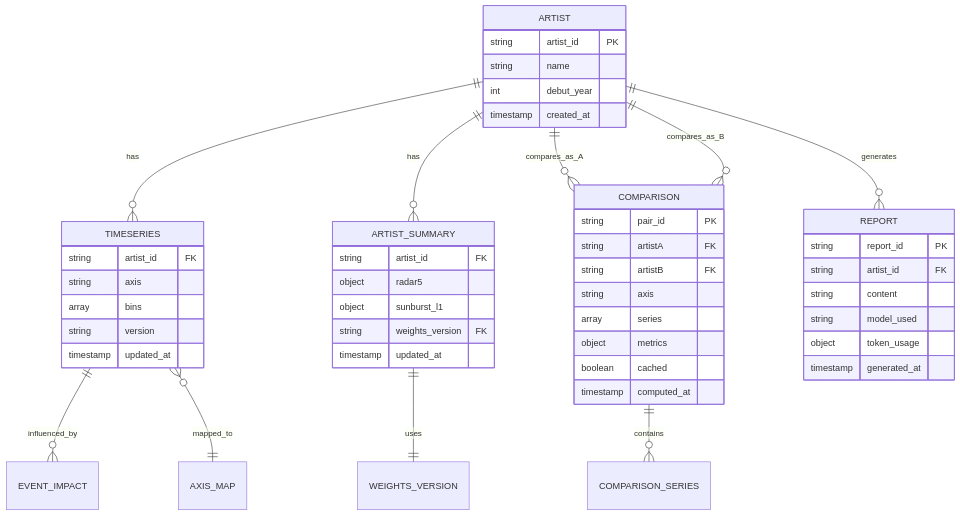
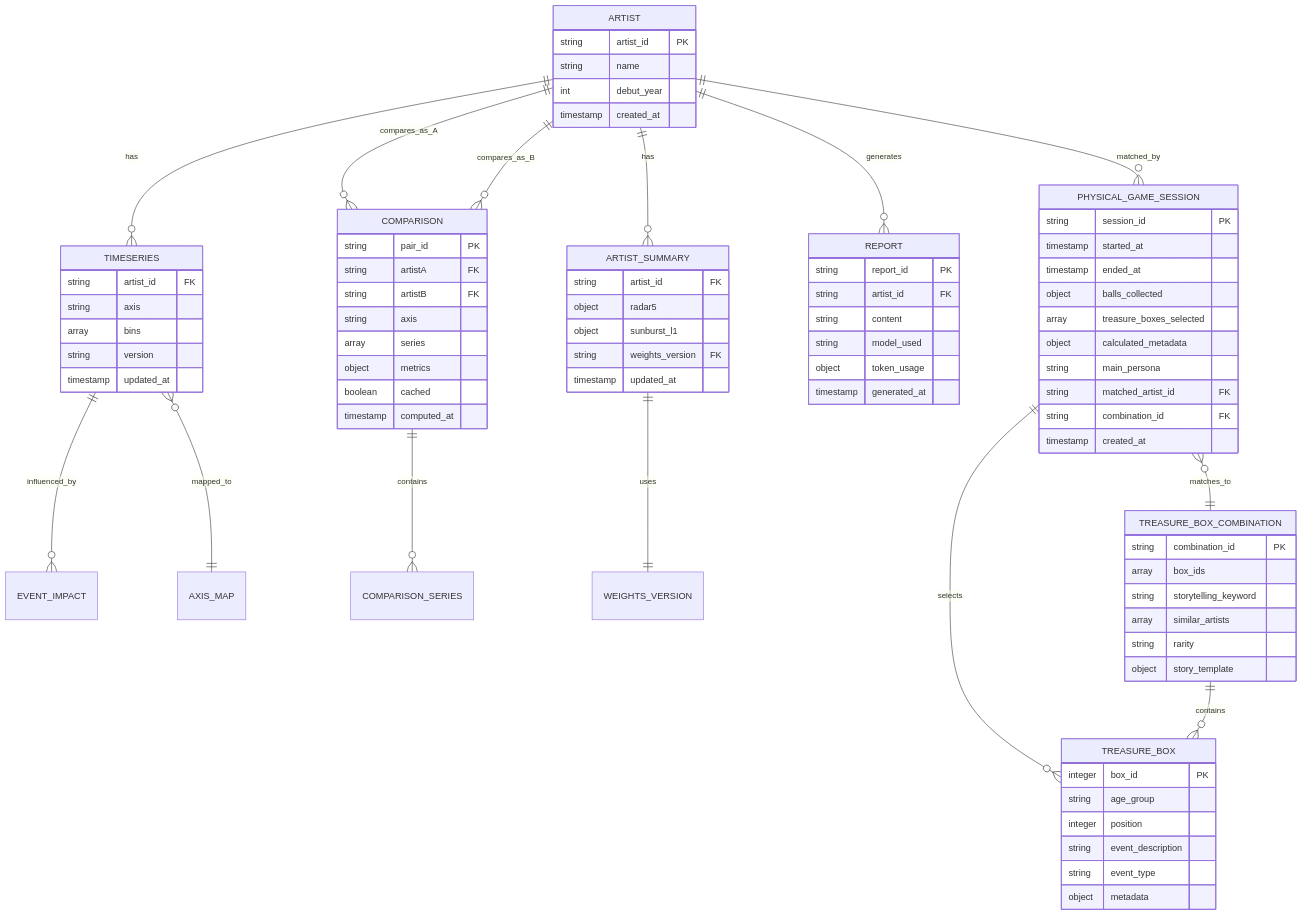
One commit to Siegfriex/co-1016 changed the diagram in docs/architecture/IA.md. Above: the diagram before and after it, drawn with Mermaid. The commit also changed other lines of this file and 840 other files, not shown here.

````diff
--- a/docs/architecture/IA.md
+++ b/docs/architecture/IA.md
@@ -76,6 +80,7 @@
     ARTIST ||--o{ COMPARISON : "compares_as_A"
     ARTIST ||--o{ COMPARISON : "compares_as_B"
     ARTIST ||--o{ REPORT : "generates"
+    ARTIST ||--o{ PHYSICAL_GAME_SESSION : "matched_by"
     
     TIMESERIES ||--o{ EVENT_IMPACT : "influenced_by"
     TIMESERIES }o--|| AXIS_MAP : "mapped_to"
@@ -83,6 +88,11 @@
     COMPARISON ||--o{ COMPARISON_SERIES : "contains"
     
     ARTIST_SUMMARY ||--|| WEIGHTS_VERSION : "uses"
+    
+    PHYSICAL_GAME_SESSION ||--o{ TREASURE_BOX : "selects"
+    PHYSICAL_GAME_SESSION }o--|| TREASURE_BOX_COMBINATION : "matches_to"
+    
+    TREASURE_BOX_COMBINATION ||--o{ TREASURE_BOX : "contains"
     
     ARTIST {
         string artist_id PK
@@ -126,4 +136,35 @@
         object token_usage
         timestamp generated_at
     }
+    
+    PHYSICAL_GAME_SESSION {
+        string session_id PK
+        timestamp started_at
+        timestamp ended_at
+        object balls_collected
+        array treasure_boxes_selected
+        object calculated_metadata
+        string main_persona
+        string matched_artist_id FK
+        string combination_id FK
+        timestamp created_at
+    }
+    
+    TREASURE_BOX {
+        integer box_id PK
+        string age_group
+        integer position
+        string event_description
+        string event_type
+        object metadata
+    }
+    
+    TREASURE_BOX_COMBINATION {
+        string combination_id PK
+        array box_ids
+        string storytelling_keyword
+        array similar_artists
+        string rarity
+        object story_template
+    }
 ```
````
